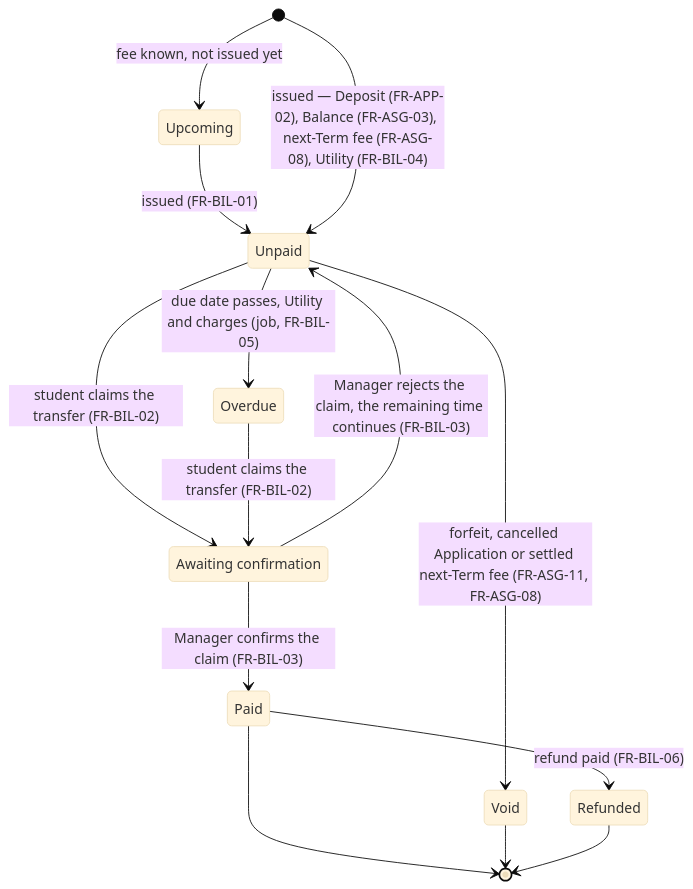
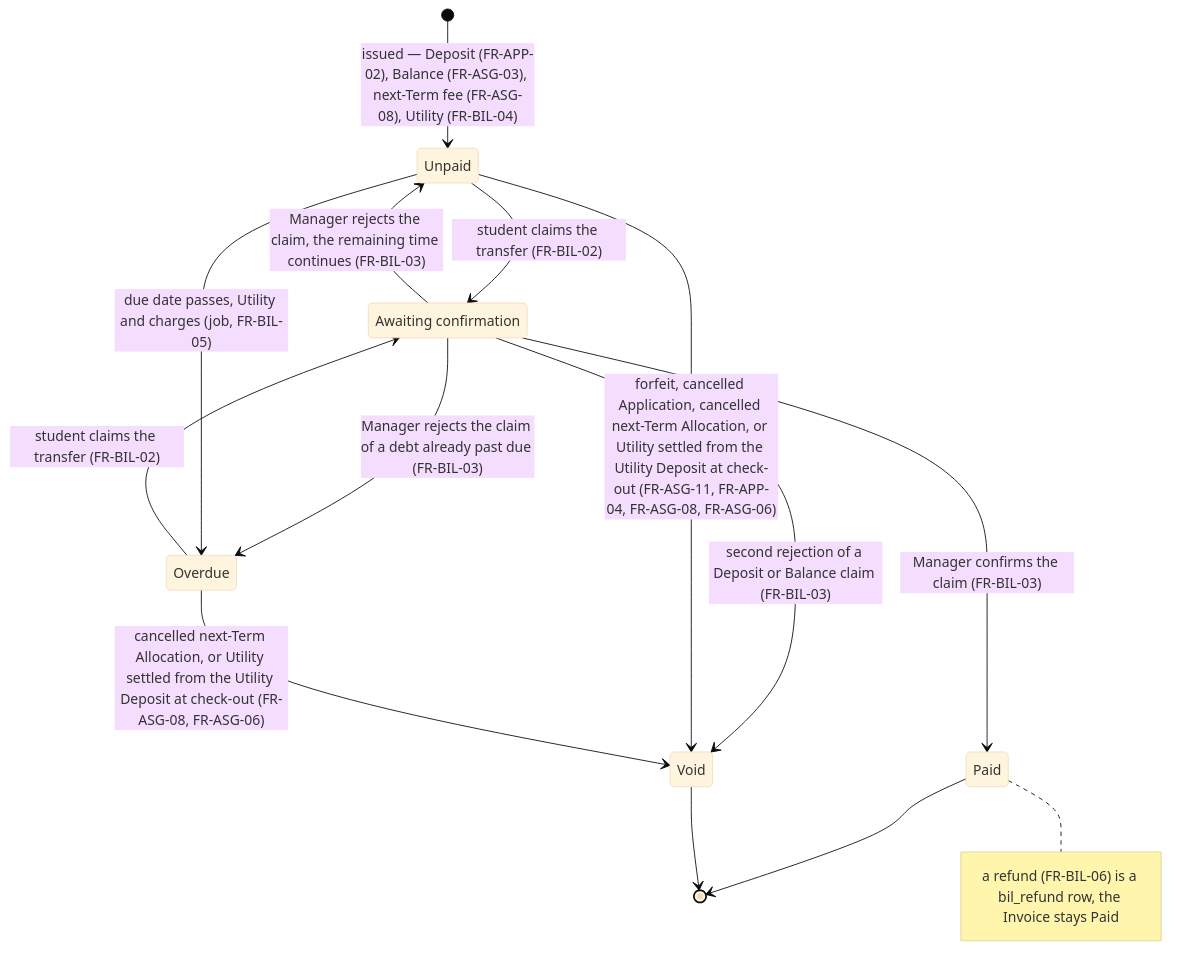
One commit to tisou47/CampusStay-FPT changed the diagram in docs/diagrams/state-invoice.mmd. Above: the diagram before and after it, drawn with Mermaid (base theme). The commit also changed 149 other files, not shown here.

```diff
--- a/docs/diagrams/state-invoice.mmd
+++ b/docs/diagrams/state-invoice.mmd
@@ -1,18 +1,19 @@
 %% Invoice lifecycle (BIL): bil_invoice.status. Amounts are fixed once issued (trigger tr_invoice_fixed); Paid and
-%% Void never go back. UPCOMING is shown to students for fees not issued yet.
+%% Void never go back. UPCOMING and REFUNDED exist in the schema's CHECK but no code stores them: fees not issued yet
+%% are computed for display, and a refund is a bil_refund row while its Invoice stays Paid.
 stateDiagram-v2
-  [*] --> Upcoming : fee known, not issued yet
-  Upcoming --> Unpaid : issued (FR-BIL-01)
   [*] --> Unpaid : issued — Deposit (FR-APP-02), Balance (FR-ASG-03), next-Term fee (FR-ASG-08), Utility (FR-BIL-04)
   Unpaid --> AwaitingConfirmation : student claims the transfer (FR-BIL-02)
   Overdue --> AwaitingConfirmation : student claims the transfer (FR-BIL-02)
   AwaitingConfirmation --> Paid : Manager confirms the claim (FR-BIL-03)
   AwaitingConfirmation --> Unpaid : Manager rejects the claim, the remaining time continues (FR-BIL-03)
+  AwaitingConfirmation --> Overdue : Manager rejects the claim of a debt already past due (FR-BIL-03)
+  AwaitingConfirmation --> Void : second rejection of a Deposit or Balance claim (FR-BIL-03)
   Unpaid --> Overdue : due date passes, Utility and charges (job, FR-BIL-05)
-  Unpaid --> Void : forfeit, cancelled Application or settled next-Term fee (FR-ASG-11, FR-ASG-08)
-  Paid --> Refunded : refund paid (FR-BIL-06)
+  Unpaid --> Void : forfeit, cancelled Application, cancelled next-Term Allocation, or Utility settled from the Utility Deposit at check-out (FR-ASG-11, FR-APP-04, FR-ASG-08, FR-ASG-06)
+  Overdue --> Void : cancelled next-Term Allocation, or Utility settled from the Utility Deposit at check-out (FR-ASG-08, FR-ASG-06)
   Paid --> [*]
   Void --> [*]
-  Refunded --> [*]
+  note right of Paid : a refund (FR-BIL-06) is a bil_refund row, the Invoice stays Paid
 
   AwaitingConfirmation : Awaiting confirmation
```
